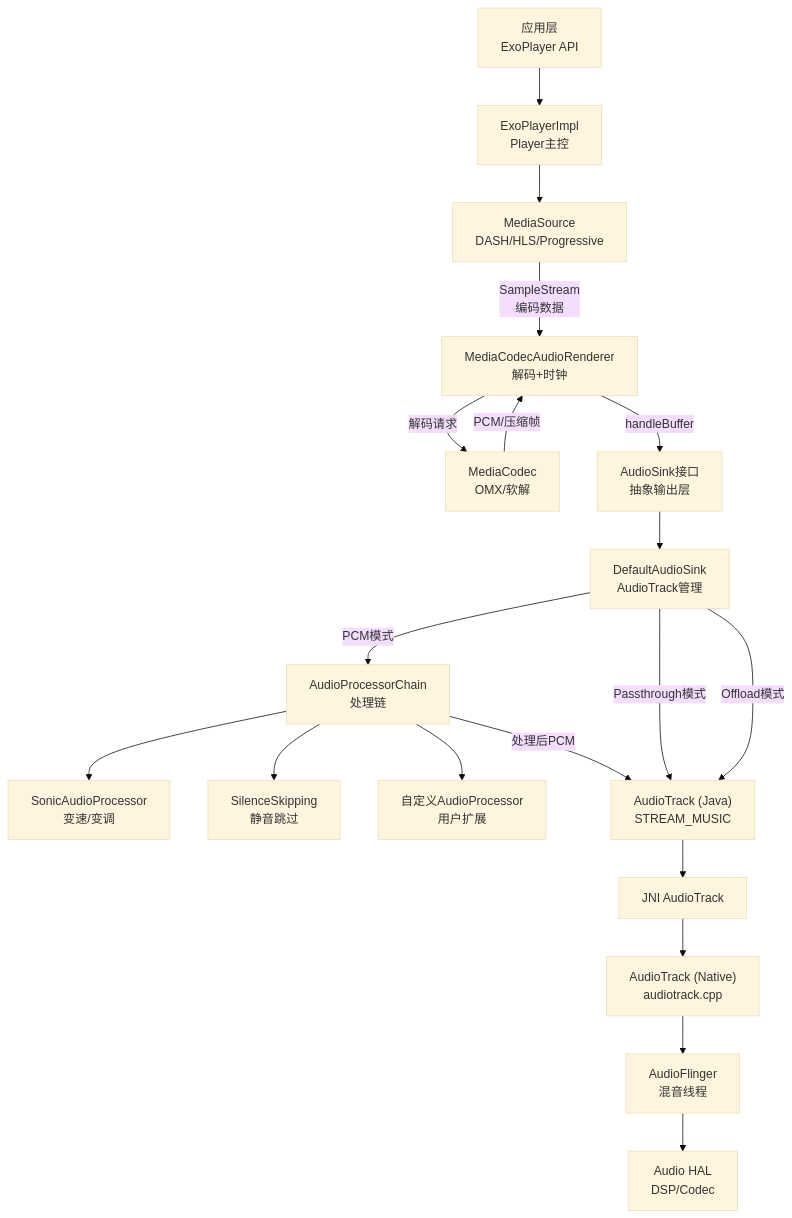
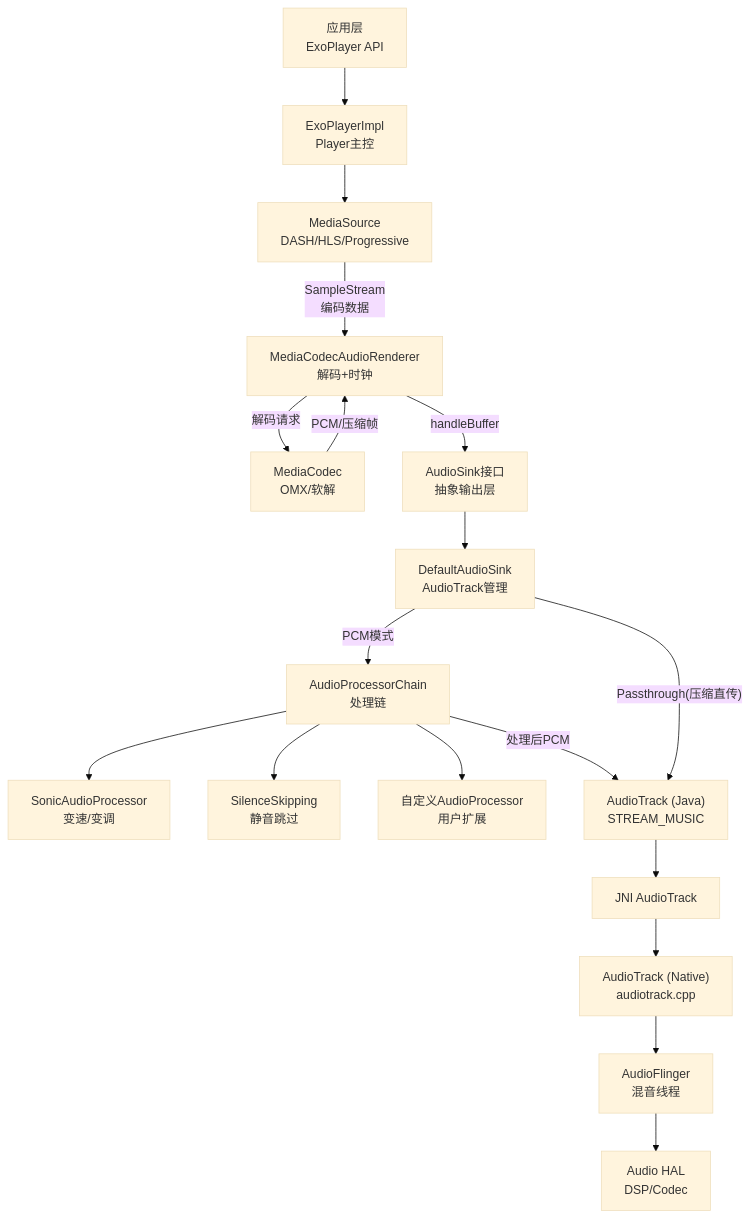
The first of 4 diagrams in 02_Application_Layer/02_2.10_ExoPlayer调用路径.md (yanglinzhen1022/SA8295_AAOS_QNX_Audio_KnowledgeBase), drawn with Mermaid (base theme) before and after one commit. The commit also changed other lines of this file and 12 other files, not shown here.

````diff
--- a/02_Application_Layer/02_2.10_ExoPlayer调用路径.md
+++ b/02_Application_Layer/02_2.10_ExoPlayer调用路径.md
@@ -32,35 +32,34 @@
 ```mermaid
 graph TB
     APP["应用层<br>ExoPlayer API"]
     EP["ExoPlayerImpl<br>Player主控"]
     MS["MediaSource<br>DASH/HLS/Progressive"]
     AR["MediaCodecAudioRenderer<br>解码+时钟"]
     MC["MediaCodec<br>OMX/软解"]
     ASINK["AudioSink接口<br>抽象输出层"]
     DAS["DefaultAudioSink<br>AudioTrack管理"]
     APC["AudioProcessorChain<br>处理链"]
     SONIC["SonicAudioProcessor<br>变速/变调"]
     SSKIP["SilenceSkipping<br>静音跳过"]
     CUSTOM["自定义AudioProcessor<br>用户扩展"]
     AT["AudioTrack (Java)<br>STREAM_MUSIC"]
     JNI["JNI AudioTrack"]
     ATN["AudioTrack (Native)<br>audiotrack.cpp"]
     AF["AudioFlinger<br>混音线程"]
     HAL["Audio HAL<br>DSP/Codec"]
 
     APP --> EP
     EP --> MS
     MS -->|"SampleStream<br>编码数据"| AR
     AR -->|"解码请求"| MC
     MC -->|"PCM/压缩帧"| AR
     AR -->|"handleBuffer"| ASINK
     ASINK --> DAS
     DAS -->|"PCM模式"| APC
     APC --> SONIC
     APC --> SSKIP
     APC --> CUSTOM
     APC -->|"处理后PCM"| AT
-    DAS -->|"Passthrough模式"| AT
-    DAS -->|"Offload模式"| AT
+    DAS -->|"Passthrough(压缩直传)"| AT
     AT --> JNI --> ATN --> AF --> HAL
 ```
````
